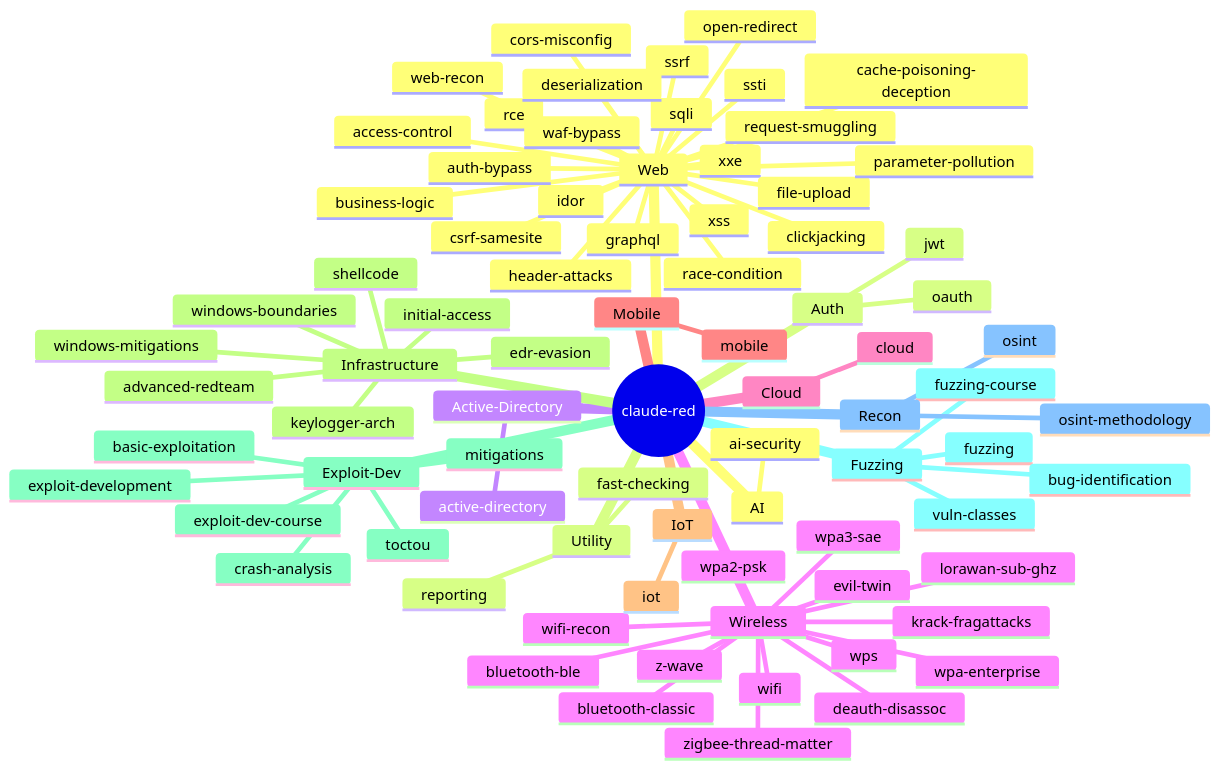
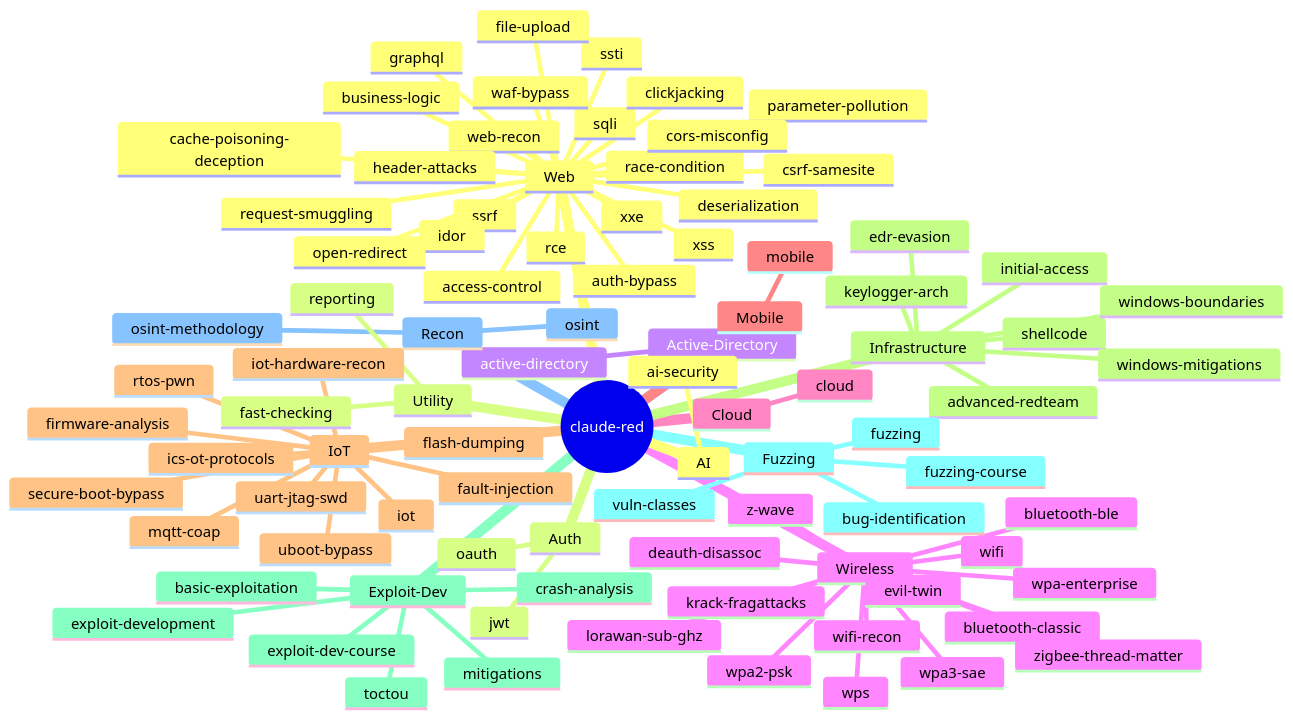
Before and after one commit to SnailSploit/Claude-Red: the diagram in MINDMAP.md, drawn with Mermaid. The commit also changed 12 other files, not shown here.

```diff
--- a/MINDMAP.md
+++ b/MINDMAP.md
@@ -62,6 +62,16 @@
       mobile
     IoT
       iot
+      iot-hardware-recon
+      uart-jtag-swd
+      flash-dumping
+      fault-injection
+      firmware-analysis
+      uboot-bypass
+      secure-boot-bypass
+      rtos-pwn
+      ics-ot-protocols
+      mqtt-coap
     Infrastructure
       initial-access
       advanced-redteam
```
